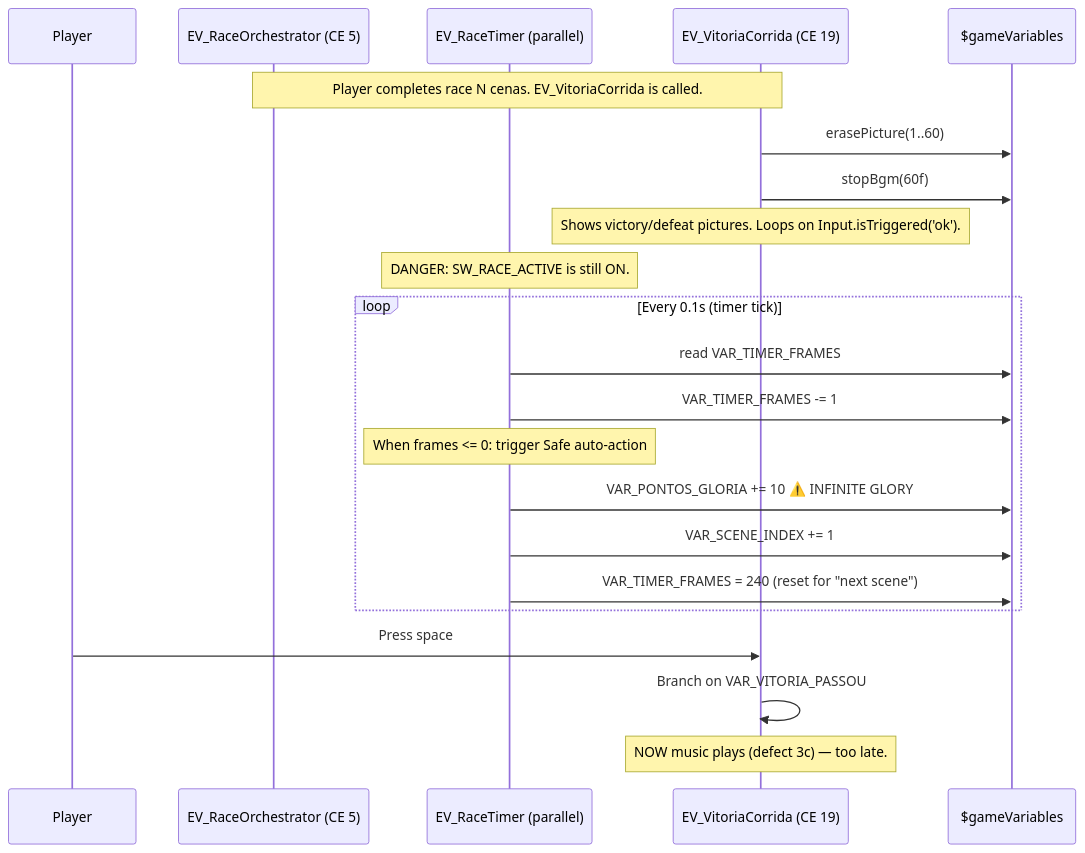
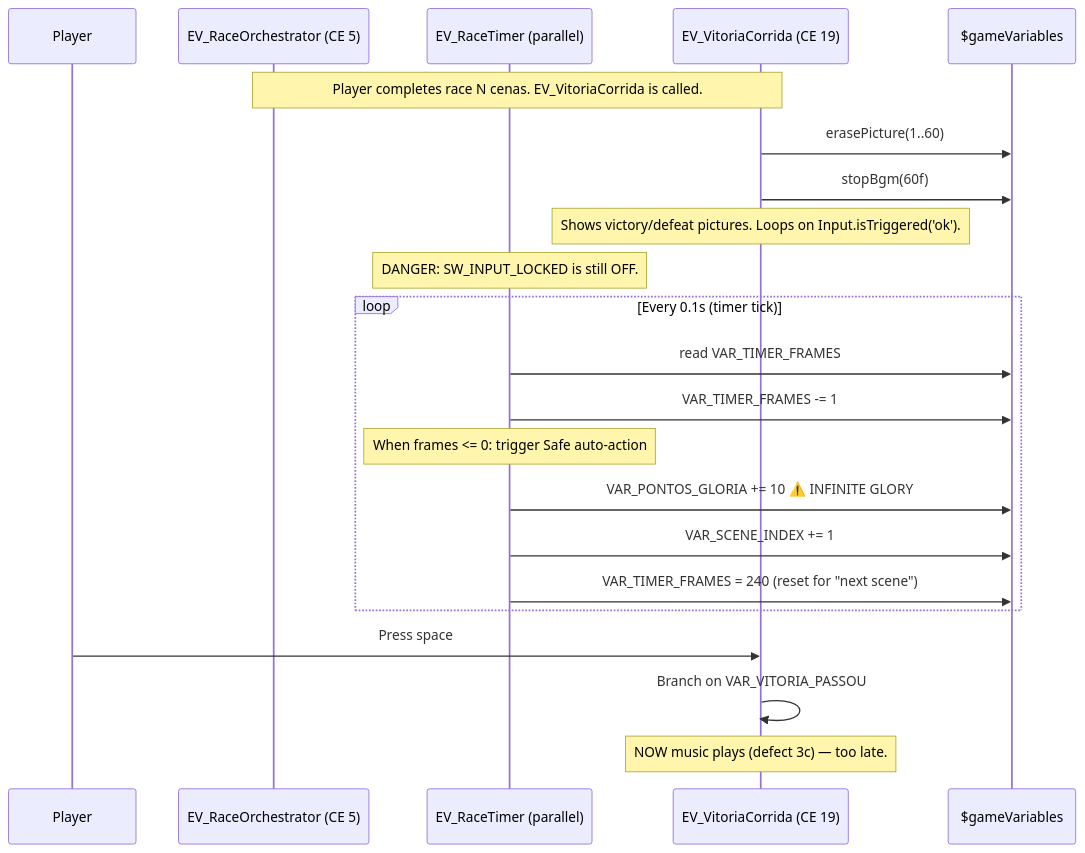
One commit to edneyreis999/Jonny changed the second of 2 diagrams in Jhonny/planos/003-bug-fix-round1/race-feedback-impl-guide.md. Above: the diagram before and after it, drawn with Mermaid. The commit also changed other lines of this file and 15 other files, not shown here.

````diff
--- a/Jhonny/planos/003-bug-fix-round1/race-feedback-impl-guide.md
+++ b/Jhonny/planos/003-bug-fix-round1/race-feedback-impl-guide.md
@@ -312,27 +312,27 @@
 ```mermaid
 sequenceDiagram
     participant P as Player
     participant Orch as EV_RaceOrchestrator (CE 5)
     participant Timer as EV_RaceTimer (parallel)
     participant Vis as EV_VitoriaCorrida (CE 19)
     participant GS as $gameVariables
 
     Note over Orch,Vis: Player completes race N cenas. EV_VitoriaCorrida is called.
     Vis->>GS: erasePicture(1..60)
     Vis->>GS: stopBgm(60f)
     Note over Vis: Shows victory/defeat pictures. Loops on Input.isTriggered('ok').
-    Note over Timer: DANGER: SW_RACE_ACTIVE is still ON.
+    Note over Timer: DANGER: SW_INPUT_LOCKED is still OFF.
 
     loop Every 0.1s (timer tick)
         Timer->>GS: read VAR_TIMER_FRAMES
         Timer->>GS: VAR_TIMER_FRAMES -= 1
         Note over Timer: When frames <= 0: trigger Safe auto-action
         Timer->>GS: VAR_PONTOS_GLORIA += 10  ⚠️ INFINITE GLORY
         Timer->>GS: VAR_SCENE_INDEX += 1
         Timer->>GS: VAR_TIMER_FRAMES = 240 (reset for "next scene")
     end
 
     P->>Vis: Press space
     Vis->>Vis: Branch on VAR_VITORIA_PASSOU
     Note over Vis: NOW music plays (defect 3c) — too late.
 ```
````
